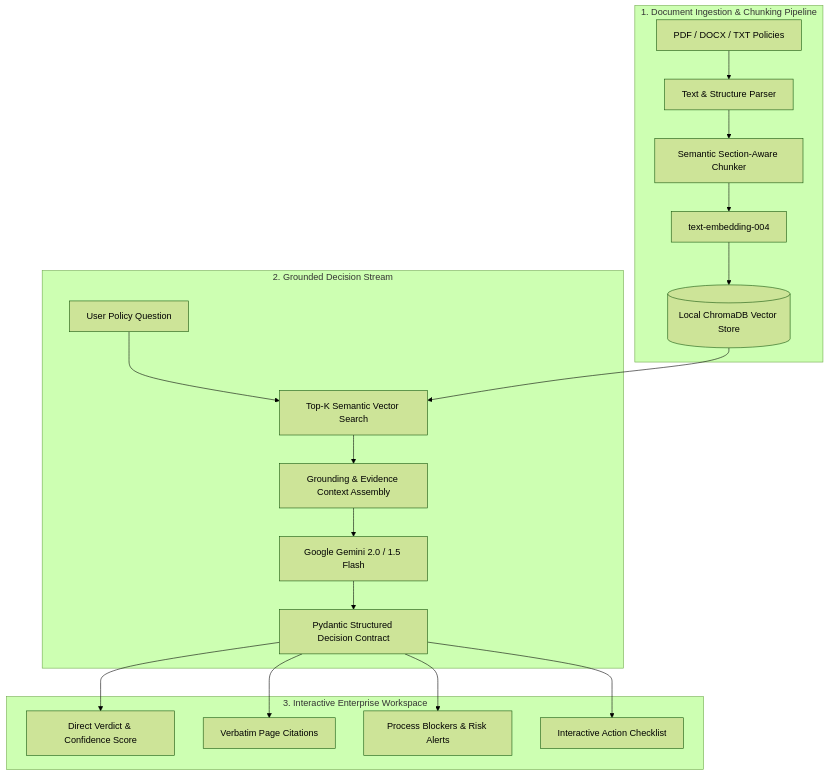
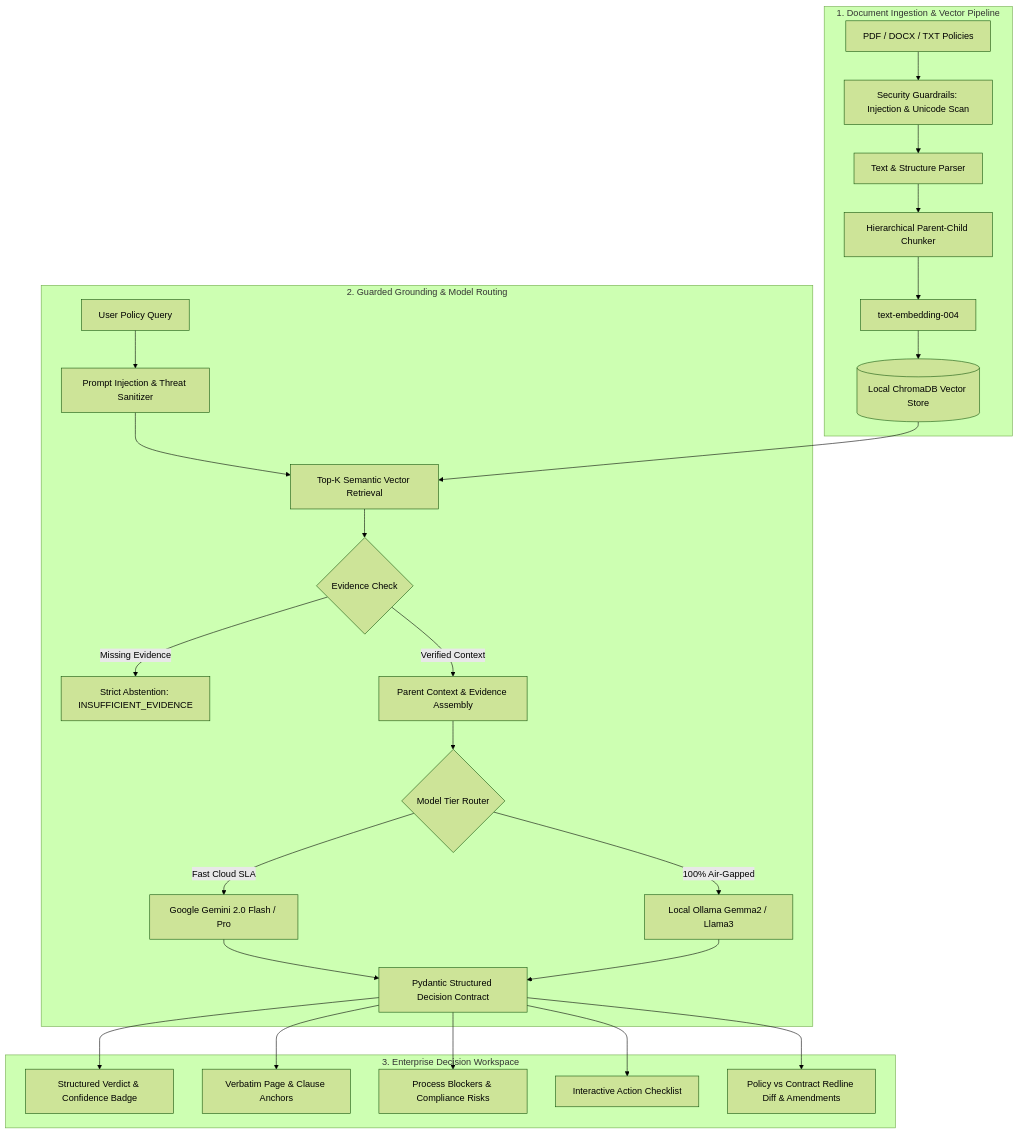
One commit to fahimalmas/sanad_ai_decision_engine changed the diagram in README.md. Above: the diagram before and after it, drawn with Mermaid (forest theme).

Commit message:
docs(arch): update Mermaid architecture diagram with security guardrails and model router

````diff
--- a/README.md
+++ b/README.md
@@ -44,24 +44,32 @@
 ```mermaid
 flowchart TD
-    subgraph Ingestion [1. Document Ingestion & Chunking Pipeline]
-        Doc[PDF / DOCX / TXT Policies] --> Parser[Text & Structure Parser]
-        Parser --> Chunker[Semantic Section-Aware Chunker]
+    subgraph Ingestion [1. Document Ingestion & Vector Pipeline]
+        Doc[PDF / DOCX / TXT Policies] --> SecScan[Security Guardrails: Injection & Unicode Scan]
+        SecScan --> Parser[Text & Structure Parser]
+        Parser --> Chunker[Hierarchical Parent-Child Chunker]
         Chunker --> Embedder[text-embedding-004]
         Embedder --> VectorDB[(Local ChromaDB Vector Store)]
     end
 
-    subgraph QueryExecution [2. Grounded Decision Stream]
-        UserQuery[User Policy Question] --> Ret[Top-K Semantic Vector Search]
+    subgraph QueryExecution [2. Guarded Grounding & Model Routing]
+        UserQuery[User Policy Query] --> QueryGuard[Prompt Injection & Threat Sanitizer]
+        QueryGuard --> Ret[Top-K Semantic Vector Retrieval]
         VectorDB --> Ret
-        Ret --> GroundingPrompt[Grounding & Evidence Context Assembly]
-        GroundingPrompt --> Gemini[Google Gemini 2.0 / 1.5 Flash]
-        Gemini --> PydanticContract[Pydantic Structured Decision Contract]
+        Ret --> AbstainGate{Evidence Check}
+        AbstainGate -- Missing Evidence --> AbstainResp[Strict Abstention: INSUFFICIENT_EVIDENCE]
+        AbstainGate -- Verified Context --> ContextAssembly[Parent Context & Evidence Assembly]
+        ContextAssembly --> Router{Model Tier Router}
+        Router -->|Fast Cloud SLA| Gemini[Google Gemini 2.0 Flash / Pro]
+        Router -->|100% Air-Gapped| Ollama[Local Ollama Gemma2 / Llama3]
+        Gemini --> Contract[Pydantic Structured Decision Contract]
+        Ollama --> Contract
     end
 
-    subgraph OutputSynthesis [3. Interactive Enterprise Workspace]
-        PydanticContract --> Verdict[Direct Verdict & Confidence Score]
-        PydanticContract --> Citations[Verbatim Page Citations]
-        PydanticContract --> Blockers[Process Blockers & Risk Alerts]
-        PydanticContract --> ActionChecklist[Interactive Action Checklist]
+    subgraph OutputSynthesis [3. Enterprise Decision Workspace]
+        Contract --> Verdict[Structured Verdict & Confidence Badge]
+        Contract --> Citations[Verbatim Page & Clause Anchors]
+        Contract --> Blockers[Process Blockers & Compliance Risks]
+        Contract --> ActionChecklist[Interactive Action Checklist]
+        Contract --> RedlineDiff[Policy vs Contract Redline Diff & Amendments]
     end
 ```
````
